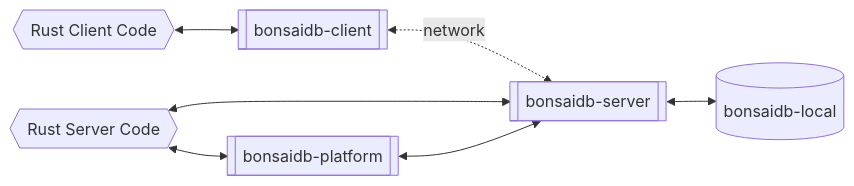
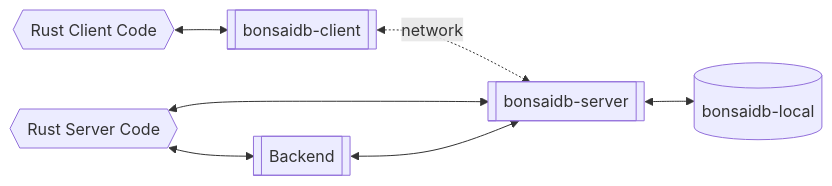
Before and after one commit to khonsulabs/bonsaidb: the fourth of 5 diagrams in book/src/about/access_models.md, drawn with Mermaid. The commit also changed other lines of this file and 6 other files, not shown here.

````diff
--- a/book/src/about/access_models.md
+++ b/book/src/about/access_models.md
@@ -53,15 +53,15 @@
 ```mermaid
 graph LR
   client-code{{Rust Client Code}}
   server-code{{Rust Server Code}}
   client[[bonsaidb-client]]
   server[[bonsaidb-server]]
-  platform[[bonsaidb-platform]]
+  backend[[Backend]]
   local[(bonsaidb-local)]
   client-code <--> client
   client <-. network .-> server
   server <--> local
   server-code <--> server
-  server-code <--> platform
-  platform <--> server
+  server-code <--> backend
+  backend <--> server
 ```
````
